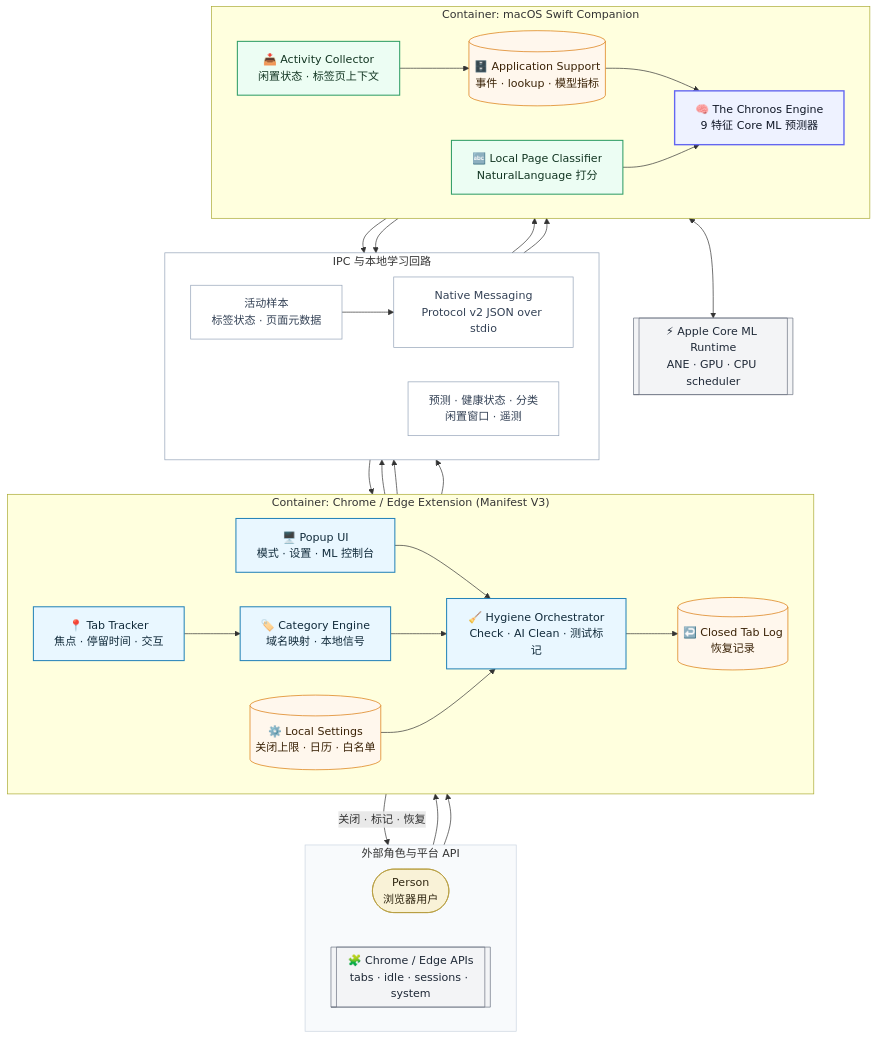
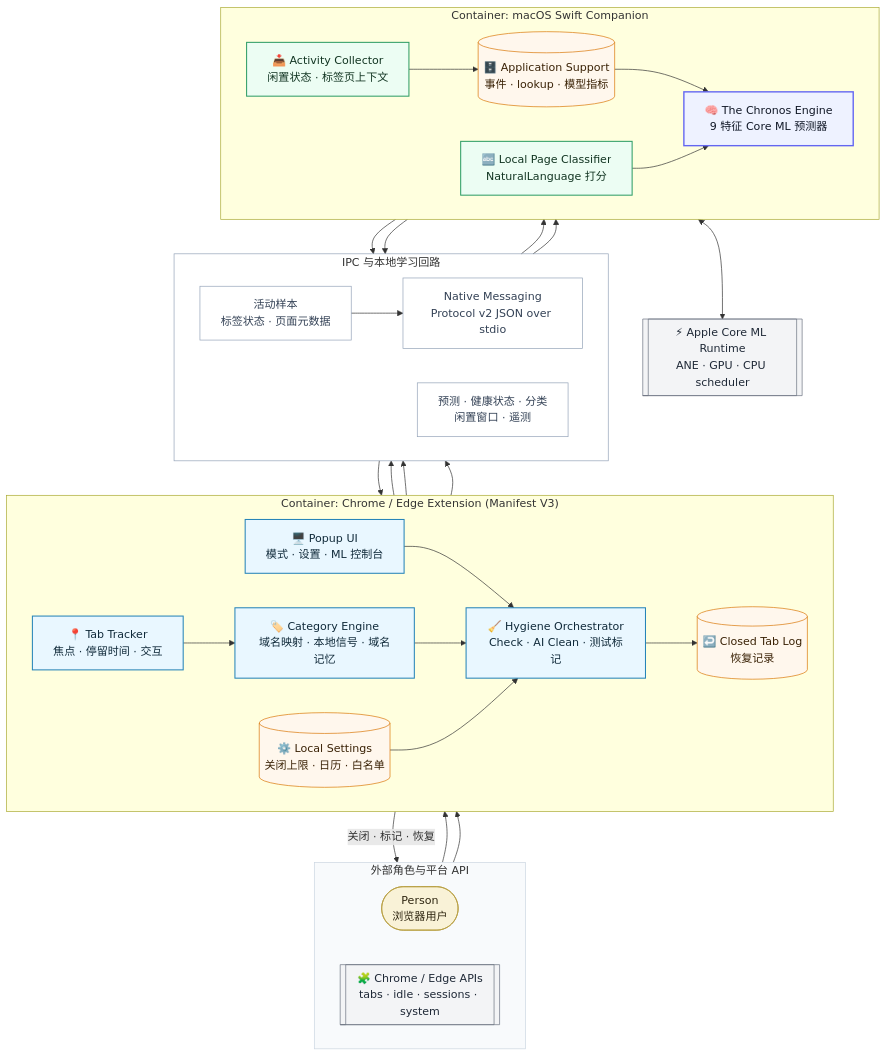
The diagram in README_CN.md (dubianche123/device-native-tab-hygiene), drawn with Mermaid before and after one commit. The commit also changed other lines of this file and 11 other files, not shown here.

````diff
--- a/README_CN.md
+++ b/README_CN.md
@@ -25,72 +25,72 @@
 ```mermaid
 flowchart TB
   subgraph actors["外部角色与平台 API"]
     direction LR
     user(["Person<br/>浏览器用户"])
     chrome[["🧩 Chrome / Edge APIs<br/>tabs · idle · sessions · system"]]
   end
 
   subgraph browser["Container: Chrome / Edge Extension (Manifest V3)"]
     direction LR
     popup["🖥️ Popup UI<br/>模式 · 设置 · ML 控制台"]
     tracker["📍 Tab Tracker<br/>焦点 · 停留时间 · 交互"]
-    category["🏷️ Category Engine<br/>域名映射 · 本地信号"]
+    category["🏷️ Category Engine<br/>域名映射 · 本地信号 · 域名记忆"]
     hygiene["🧹 Hygiene Orchestrator<br/>Check · AI Clean · 测试标记"]
     settings[("⚙️ Local Settings<br/>关闭上限 · 日历 · 白名单")]
     closedLog[("↩️ Closed Tab Log<br/>恢复记录")]
   end
 
   subgraph dataflow["IPC 与本地学习回路"]
     direction LR
     sampleBus["活动样本<br/>标签状态 · 页面元数据"]
     nativeBus["Native Messaging<br/>Protocol v2 JSON over stdio"]
     resultBus["预测 · 健康状态 · 分类<br/>闲置窗口 · 遥测"]
   end
 
   subgraph native["Container: macOS Swift Companion"]
     direction LR
     collector["📥 Activity Collector<br/>闲置状态 · 标签页上下文"]
     classifier["🔤 Local Page Classifier<br/>NaturalLanguage 打分"]
     predictor["🧠 The Chronos Engine<br/>9 特征 Core ML 预测器"]
     artifacts[("🗄️ Application Support<br/>事件 · lookup · 模型指标")]
   end
 
   coreml[["⚡ Apple Core ML Runtime<br/>ANE · GPU · CPU scheduler"]]
 
   user --> popup
   chrome --> tracker
   popup --> hygiene
   tracker --> category --> hygiene
   settings --> hygiene
   hygiene -->|"关闭 · 标记 · 恢复"| chrome
   hygiene --> closedLog
   tracker --> sampleBus
   category --> sampleBus
   sampleBus --> nativeBus --> collector
   category --> nativeBus --> classifier
   collector --> artifacts
   artifacts --> predictor
   classifier --> predictor
   predictor <--> coreml
   predictor --> resultBus --> popup
   classifier --> resultBus
 
   style actors fill:#f8fafc,stroke:#cbd5e1,stroke-width:1px
   style dataflow fill:none,stroke:#94a3b8,stroke-width:1px
 
   classDef person fill:#f9f2d7,stroke:#b59b3b,color:#2f2611,stroke-width:1px
   classDef browser fill:#e9f7ff,stroke:#2684b8,color:#102a3a,stroke-width:1.5px
   classDef native fill:#ecfdf3,stroke:#2f9d66,color:#123522,stroke-width:1.5px
   classDef ml fill:#eef2ff,stroke:#6366f1,color:#111827,stroke-width:2px
   classDef data fill:#fff7ed,stroke:#d97706,color:#3a2206,stroke-width:1px
   classDef bus fill:none,stroke:#94a3b8,color:#334155,stroke-width:1px
   classDef external fill:#f3f4f6,stroke:#6b7280,color:#1f2937,stroke-width:1px
 
   class user person
   class popup,tracker,category,hygiene browser
   class collector,classifier native
   class predictor ml
   class closedLog,settings,artifacts data
   class sampleBus,nativeBus,resultBus bus
   class coreml,chrome external
 ```
````
